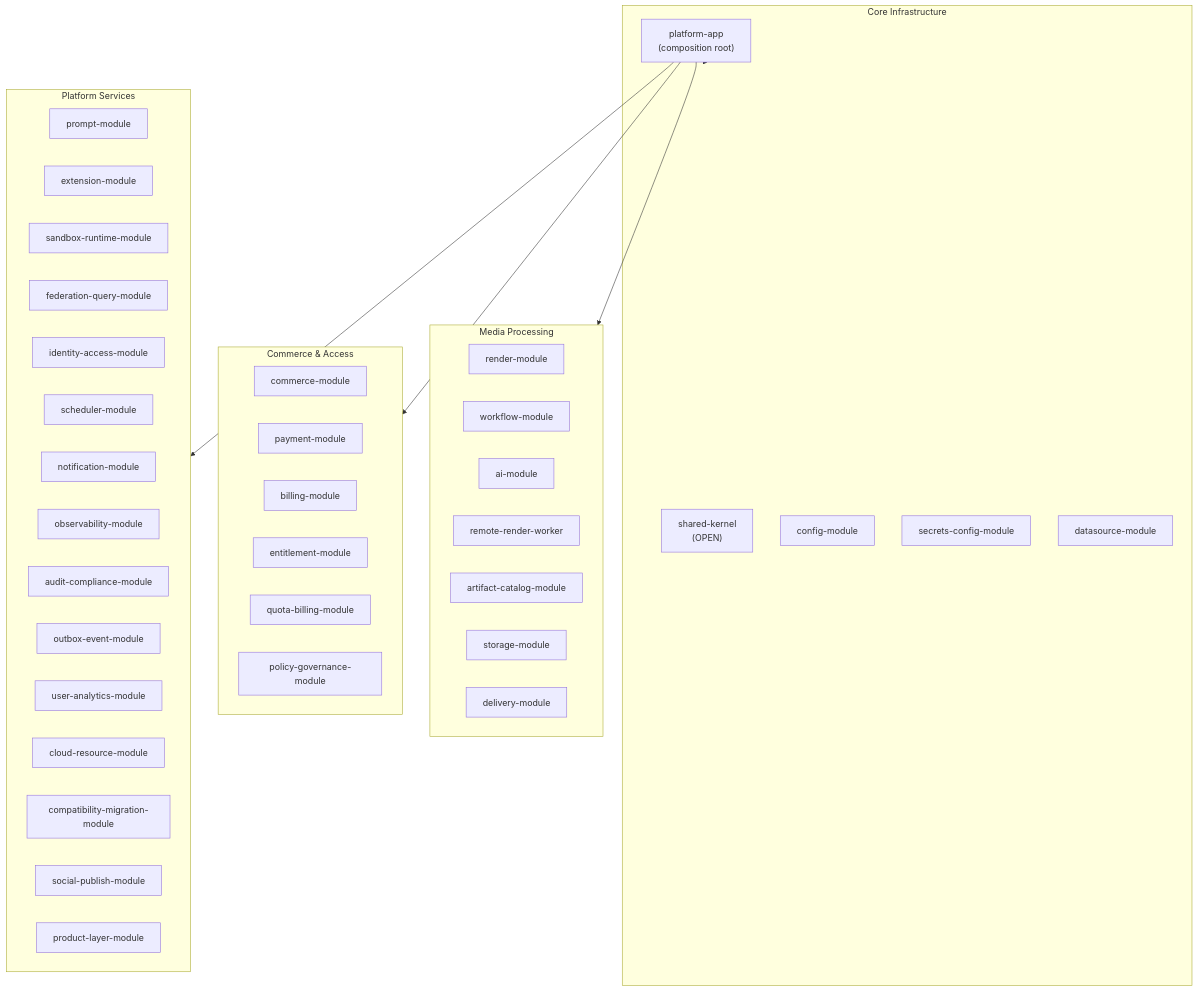
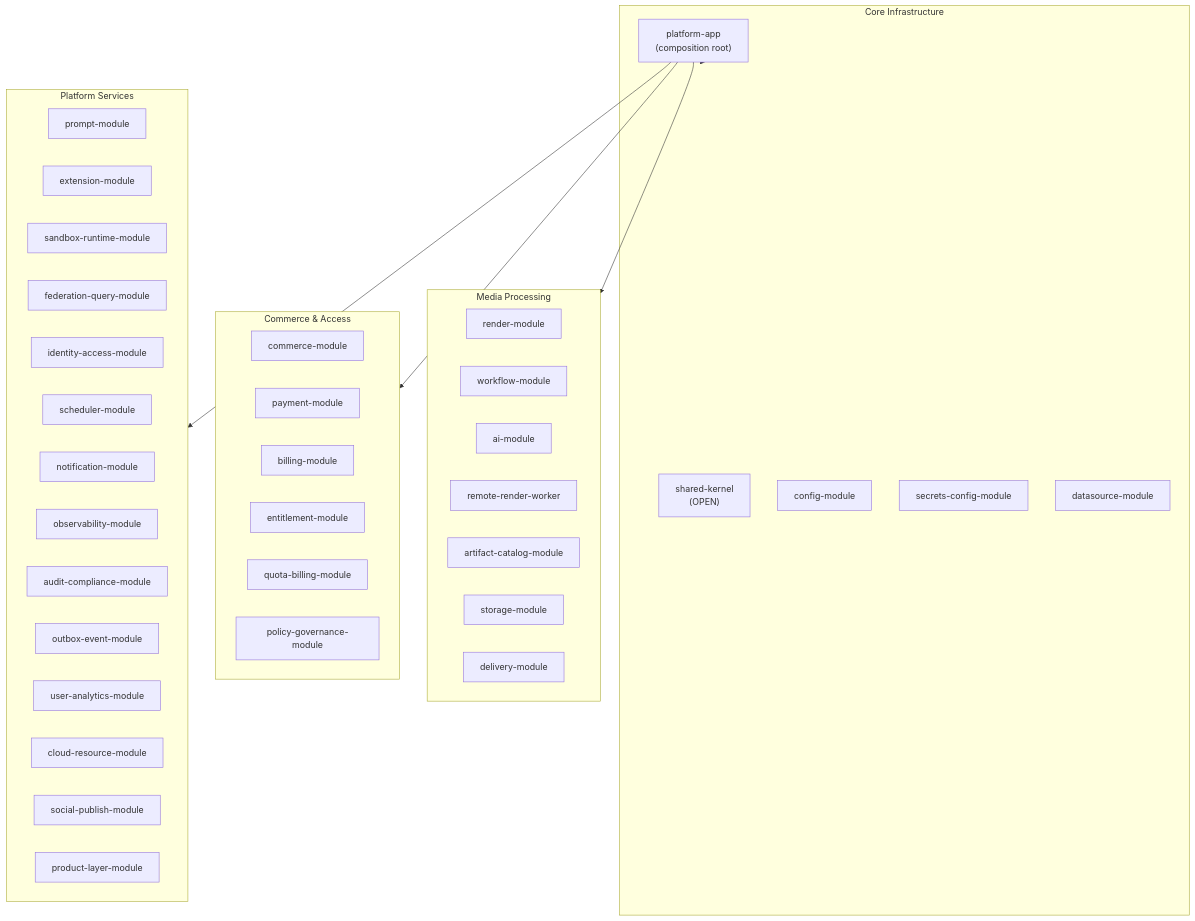
One commit to shangxq007/media-platform changed the first of 4 diagrams in docs/architecture/blueprint/system-blueprint.md. Above: the diagram before and after it, drawn with Mermaid. The commit also changed 58 other files, not shown here.

First line of the commit message:
refactor(governance): GCR-4 delete unshipped compatibility-migration-module and publish frozen core rebalancing contracts

````diff
--- a/docs/architecture/blueprint/system-blueprint.md
+++ b/docs/architecture/blueprint/system-blueprint.md
@@ -44,52 +44,51 @@
 ```mermaid
 graph TB
     subgraph Core["Core Infrastructure"]
         SK["shared-kernel<br/>(OPEN)"]
         PA["platform-app<br/>(composition root)"]
         CFG["config-module"]
         SEC["secrets-config-module"]
         DS["datasource-module"]
     end
 
     subgraph Media["Media Processing"]
         RM["render-module"]
         WF["workflow-module"]
         AI["ai-module"]
         RRW["remote-render-worker"]
         AC["artifact-catalog-module"]
         STO["storage-module"]
         DEL["delivery-module"]
     end
 
     subgraph Commerce["Commerce & Access"]
         COM["commerce-module"]
         PAY["payment-module"]
         BILL["billing-module"]
         ENT["entitlement-module"]
         QUOTA["quota-billing-module"]
         PG["policy-governance-module"]
     end
 
     subgraph Platform["Platform Services"]
         PM["prompt-module"]
         EXT["extension-module"]
         SANDBOX["sandbox-runtime-module"]
         FQ["federation-query-module"]
         IAM["identity-access-module"]
         SCHED["scheduler-module"]
         NOTIF["notification-module"]
         OBS["observability-module"]
         AUDIT["audit-compliance-module"]
         OUTBOX["outbox-event-module"]
         UA["user-analytics-module"]
         CLOUD["cloud-resource-module"]
-        MIG["compatibility-migration-module"]
         SP["social-publish-module"]
         PL["product-layer-module"]
     end
 
     PA --> Core
     PA --> Media
     PA --> Commerce
     PA --> Platform
 ```
````
